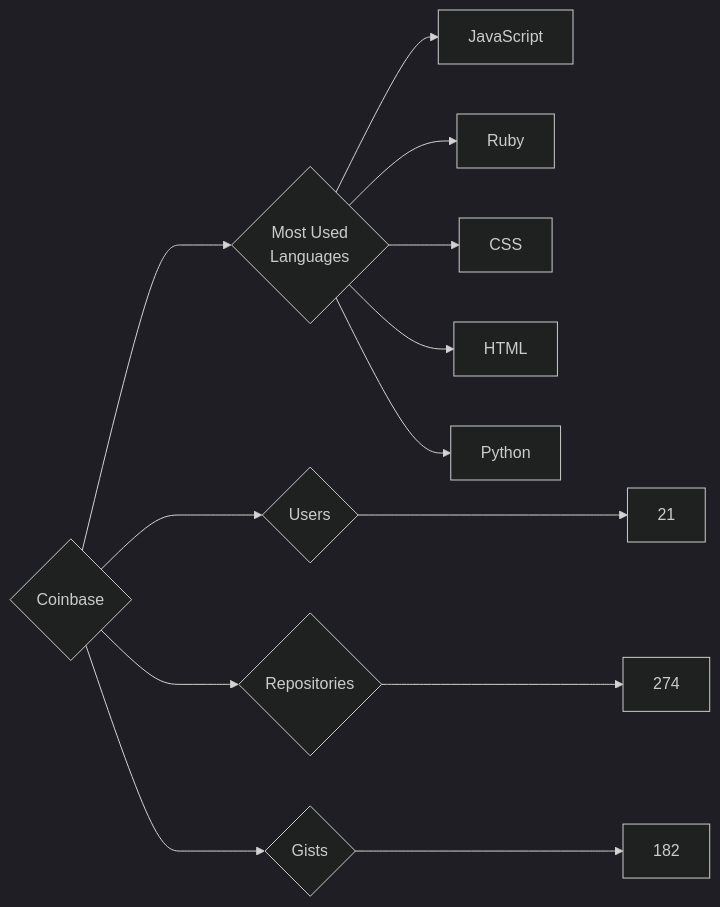
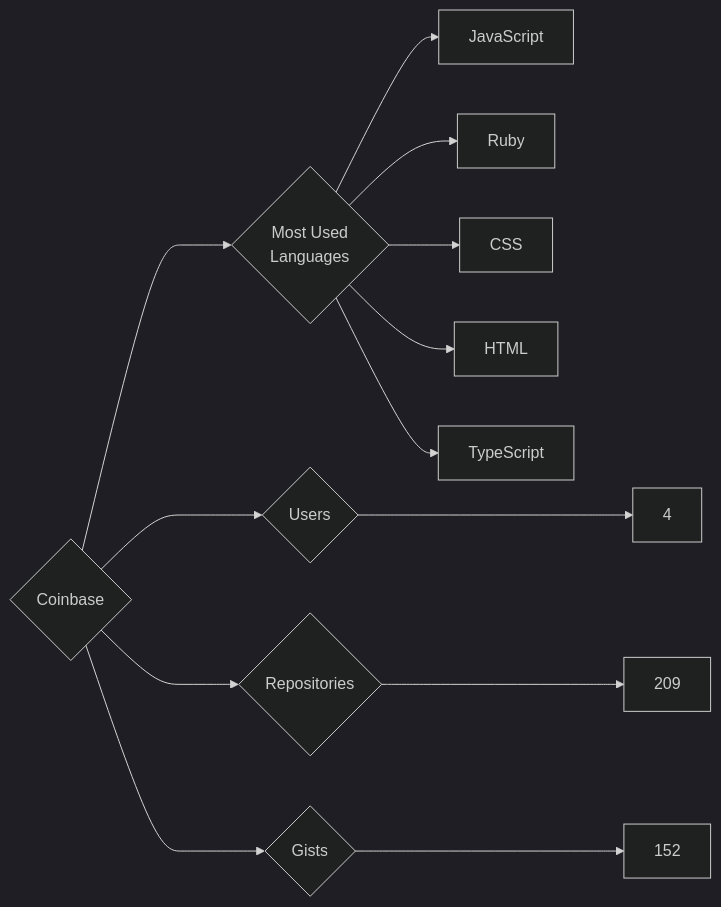
The diagram in targets/Coinbase/README.md (trickest/insiders), drawn with Mermaid (dark theme) before and after one commit. The commit also changed 814 other files, not shown here.

````diff
--- a/targets/Coinbase/README.md
+++ b/targets/Coinbase/README.md
@@ -3,13 +3,13 @@
 ```mermaid
 graph LR
 COMPANY_NAME{Coinbase}
-COMPANY_NAME ---> U{Users} ---> UN[21]
-COMPANY_NAME ---> R{Repositories} ---> RN[274]
-COMPANY_NAME ---> G{Gists} ---> GN[182]
+COMPANY_NAME ---> U{Users} ---> UN[4]
+COMPANY_NAME ---> R{Repositories} ---> RN[209]
+COMPANY_NAME ---> G{Gists} ---> GN[152]
 COMPANY_NAME ---> ML{Most Used<br>Languages}
 ML --> JavaScript[JavaScript]
 ML --> Ruby[Ruby]
 ML --> CSS[CSS]
 ML --> HTML[HTML]
-ML --> Python[Python]
+ML --> TypeScript[TypeScript]
 ```
````
